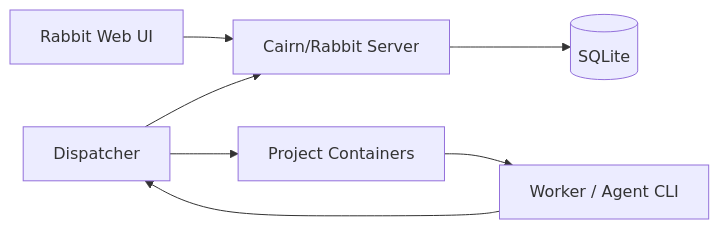
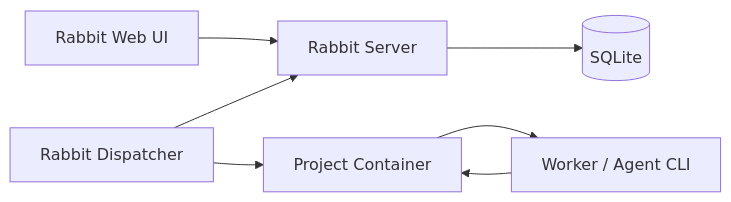
One commit to Rabbit0007/Rabbit changed the diagram in README.md. Above: the diagram before and after it, drawn with Mermaid. The commit also changed other lines of this file and 9 other files, not shown here.

````diff
--- a/README.md
+++ b/README.md
@@ -37,9 +51,9 @@
 ```mermaid
 flowchart LR
-    UI["Rabbit Web UI"] --> API["Cairn/Rabbit Server"]
-    API --> DB[("SQLite")]
-    Dispatcher["Dispatcher"] --> API
-    Dispatcher --> Containers["Project Containers"]
-    Containers --> Workers["Worker / Agent CLI"]
-    Workers --> Dispatcher
+    Browser["Rabbit Web UI"] --> Server["Rabbit Server"]
+    Server --> Store[("SQLite")]
+    Dispatcher["Rabbit Dispatcher"] --> Server
+    Dispatcher --> Runtime["Project Container"]
+    Runtime --> Agent["Worker / Agent CLI"]
+    Agent --> Runtime
 ```
````
